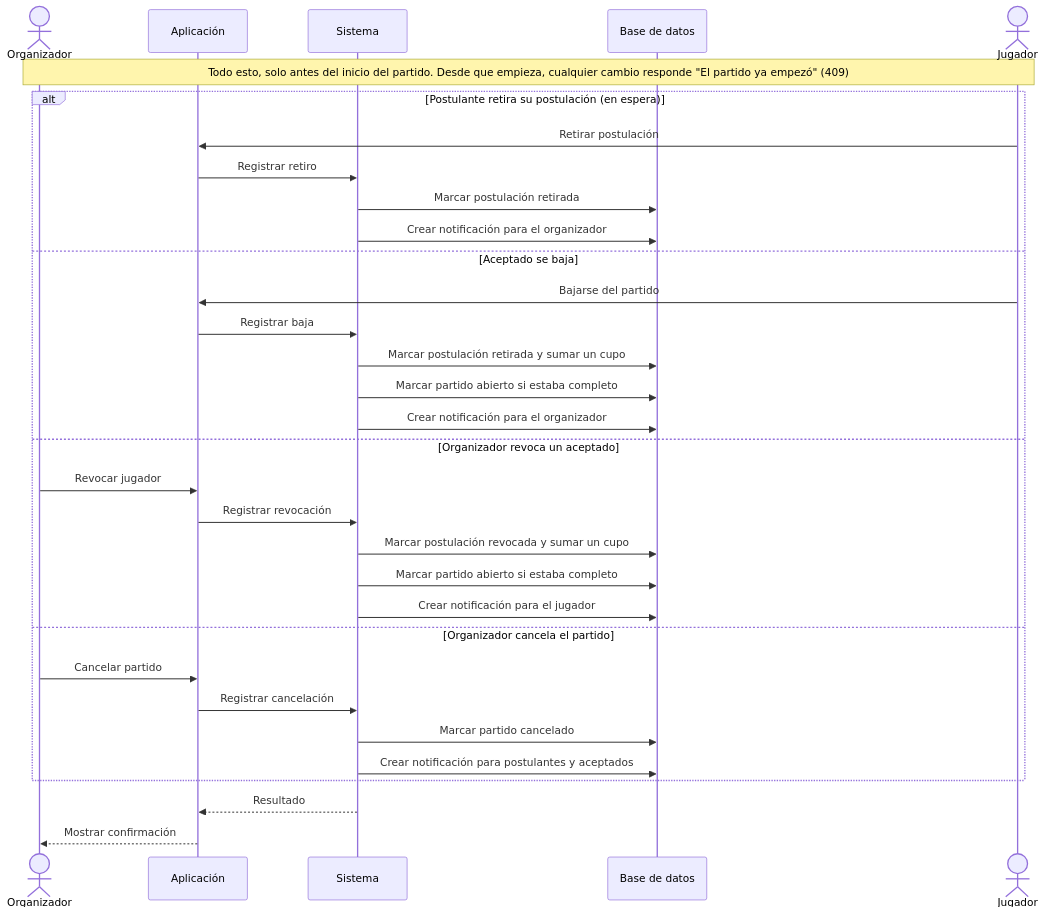
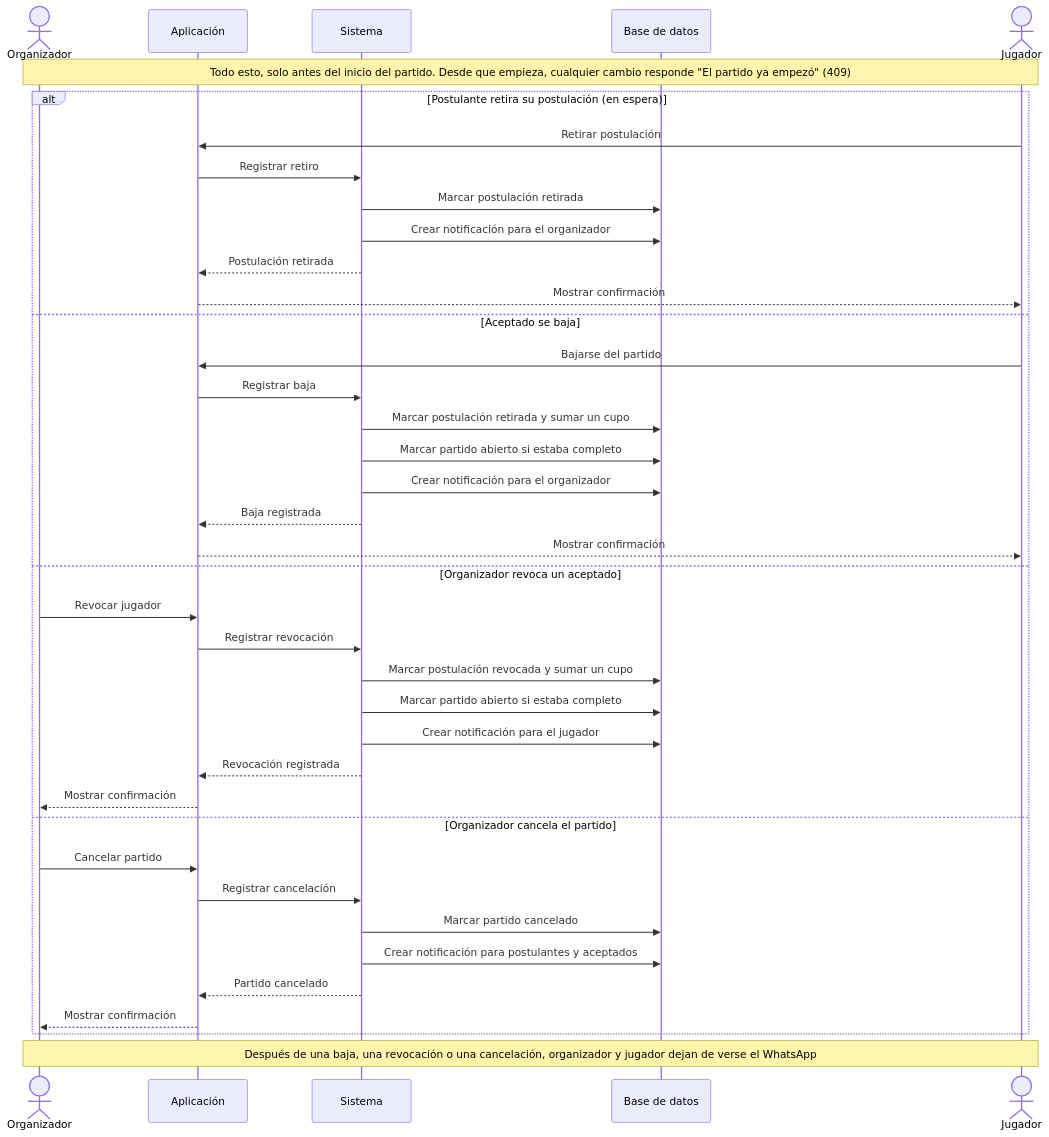
Before and after one commit to nvranco/fulvo: the diagram in docs/diagramas/04-cancelaciones.md, drawn with Mermaid. The commit also changed 4 other files, not shown here.

First line of the commit message:
docs: corrijo los diagramas de secuencia 02 a 06

````diff
--- a/docs/diagramas/04-cancelaciones.md
+++ b/docs/diagramas/04-cancelaciones.md
@@ -3,35 +3,42 @@
 ```mermaid
 sequenceDiagram
     actor O as Organizador
     participant A as Aplicación
     participant S as Sistema
     participant BD as Base de datos
     actor J as Jugador
 
     Note over O,J: Todo esto, solo antes del inicio del partido. Desde que empieza, cualquier cambio responde "El partido ya empezó" (409)
     alt Postulante retira su postulación (en espera)
         J->>A: Retirar postulación
         A->>S: Registrar retiro
         S->>BD: Marcar postulación retirada
         S->>BD: Crear notificación para el organizador
+        S-->>A: Postulación retirada
+        A-->>J: Mostrar confirmación
     else Aceptado se baja
         J->>A: Bajarse del partido
         A->>S: Registrar baja
         S->>BD: Marcar postulación retirada y sumar un cupo
         S->>BD: Marcar partido abierto si estaba completo
         S->>BD: Crear notificación para el organizador
+        S-->>A: Baja registrada
+        A-->>J: Mostrar confirmación
     else Organizador revoca un aceptado
         O->>A: Revocar jugador
         A->>S: Registrar revocación
         S->>BD: Marcar postulación revocada y sumar un cupo
         S->>BD: Marcar partido abierto si estaba completo
         S->>BD: Crear notificación para el jugador
+        S-->>A: Revocación registrada
+        A-->>O: Mostrar confirmación
     else Organizador cancela el partido
         O->>A: Cancelar partido
         A->>S: Registrar cancelación
         S->>BD: Marcar partido cancelado
         S->>BD: Crear notificación para postulantes y aceptados
+        S-->>A: Partido cancelado
+        A-->>O: Mostrar confirmación
     end
-    S-->>A: Resultado
-    A-->>O: Mostrar confirmación
+    Note over O,J: Después de una baja, una revocación o una cancelación, organizador y jugador dejan de verse el WhatsApp
 ```
````
